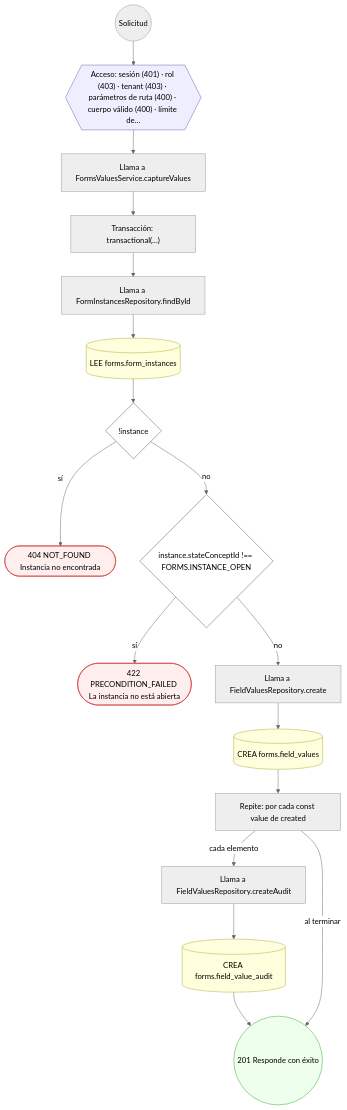
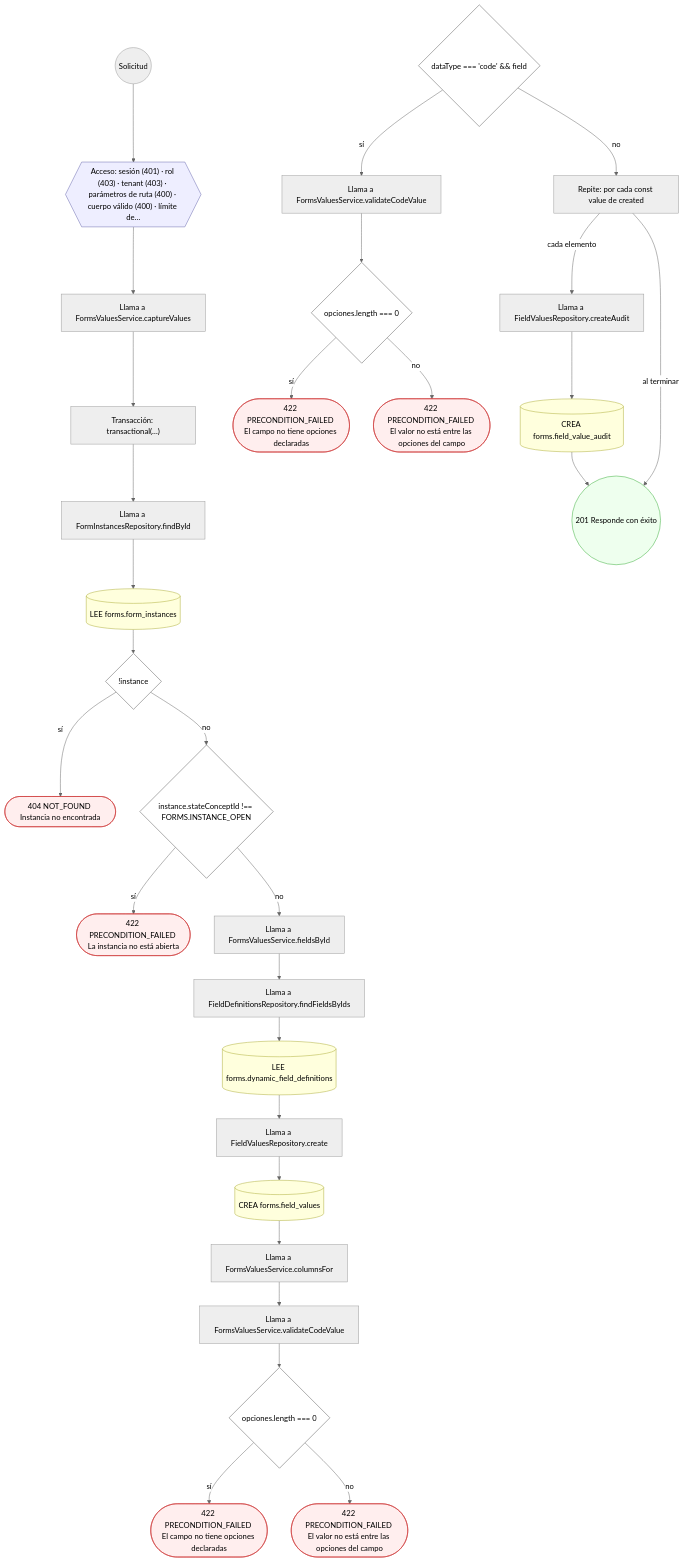
One commit to mdavila-2001/mantra-core-health-api changed diagram 20 of 24 in docs/inventario/flujos/forms.md. Above: the diagram before and after it, drawn with Mermaid (neutral theme). The commit also changed other lines of this file and 438 other files, not shown here.

````diff
--- a/docs/inventario/flujos/forms.md
+++ b/docs/inventario/flujos/forms.md
@@ -1279,41 +1467,66 @@
 ```mermaid
 flowchart TD
   n1(("Solicitud")):::inicio
   n2{{"Acceso: sesión (401) · rol (403) · tenant (403) · parámetros de ruta (400) · cuerpo válido (400) · límite de…"}}:::acceso
   n1 --> n2
   n3["Llama a FormsValuesService.captureValues"]:::llamada
   n2 --> n3
   n4["Transacción: transactional(…)"]:::transaccion
   n3 --> n4
   n5["Llama a FormInstancesRepository.findById"]:::llamada
   n4 --> n5
   n6[("LEE forms.form_instances")]:::efecto
   n5 --> n6
   n7{"!instance"}:::decision
   n6 --> n7
   n8(["404 NOT_FOUND Instancia no encontrada"]):::error
   n7 -->|"sí"| n8
   n9{"instance.stateConceptId !== FORMS.INSTANCE_OPEN"}:::decision
   n7 -->|"no"| n9
   n10(["422 PRECONDITION_FAILED La instancia no está abierta"]):::error
   n9 -->|"sí"| n10
-  n11["Llama a FieldValuesRepository.create"]:::llamada
+  n11["Llama a FormsValuesService.fieldsById"]:::llamada
   n9 -->|"no"| n11
-  n12[("CREA forms.field_values")]:::efecto
+  n12["Llama a FieldDefinitionsRepository.findFieldsByIds"]:::llamada
   n11 --> n12
-  n13["Repite: por cada const value de created"]:::bucle
+  n13[("LEE forms.dynamic_field_definitions")]:::efecto
   n12 --> n13
-  n14["Llama a FieldValuesRepository.createAudit"]:::llamada
-  n13 -->|"cada elemento"| n14
-  n15[("CREA forms.field_value_audit")]:::efecto
+  n14["Llama a FieldValuesRepository.create"]:::llamada
+  n13 --> n14
+  n15[("CREA forms.field_values")]:::efecto
   n14 --> n15
-  n16(("201 Responde con éxito")):::ok
+  n16["Llama a FormsValuesService.columnsFor"]:::llamada
   n15 --> n16
-  n13 -->|"al terminar"| n16
+  n17["Llama a FormsValuesService.validateCodeValue"]:::llamada
+  n16 --> n17
+  n18{"opciones.length === 0"}:::decision
+  n17 --> n18
+  n19(["422 PRECONDITION_FAILED El campo no tiene opciones declaradas"]):::error
+  n18 -->|"sí"| n19
+  n20(["422 PRECONDITION_FAILED El valor no está entre las opciones del campo"]):::error
+  n18 -->|"no"| n20
+  n21{"dataType === 'code' && field"}:::decision
+  n22["Llama a FormsValuesService.validateCodeValue"]:::llamada
+  n21 -->|"sí"| n22
+  n23{"opciones.length === 0"}:::decision
+  n22 --> n23
+  n24(["422 PRECONDITION_FAILED El campo no tiene opciones declaradas"]):::error
+  n23 -->|"sí"| n24
+  n25(["422 PRECONDITION_FAILED El valor no está entre las opciones del campo"]):::error
+  n23 -->|"no"| n25
+  n26["Repite: por cada const value de created"]:::bucle
+  n21 -->|"no"| n26
+  n27["Llama a FieldValuesRepository.createAudit"]:::llamada
+  n26 -->|"cada elemento"| n27
+  n28[("CREA forms.field_value_audit")]:::efecto
+  n27 --> n28
+  n29(("201 Responde con éxito")):::ok
+  n28 --> n29
+  n26 -->|"al terminar"| n29
   classDef acceso fill:#eef,stroke:#66a
   classDef error fill:#fee,stroke:#c33
   classDef ok fill:#efe,stroke:#3a3
   classDef efecto fill:#ffd,stroke:#aa3
   classDef decision fill:#fff,stroke:#555
   classDef corte fill:#eee,stroke:#999,stroke-dasharray: 4
 ```
````
